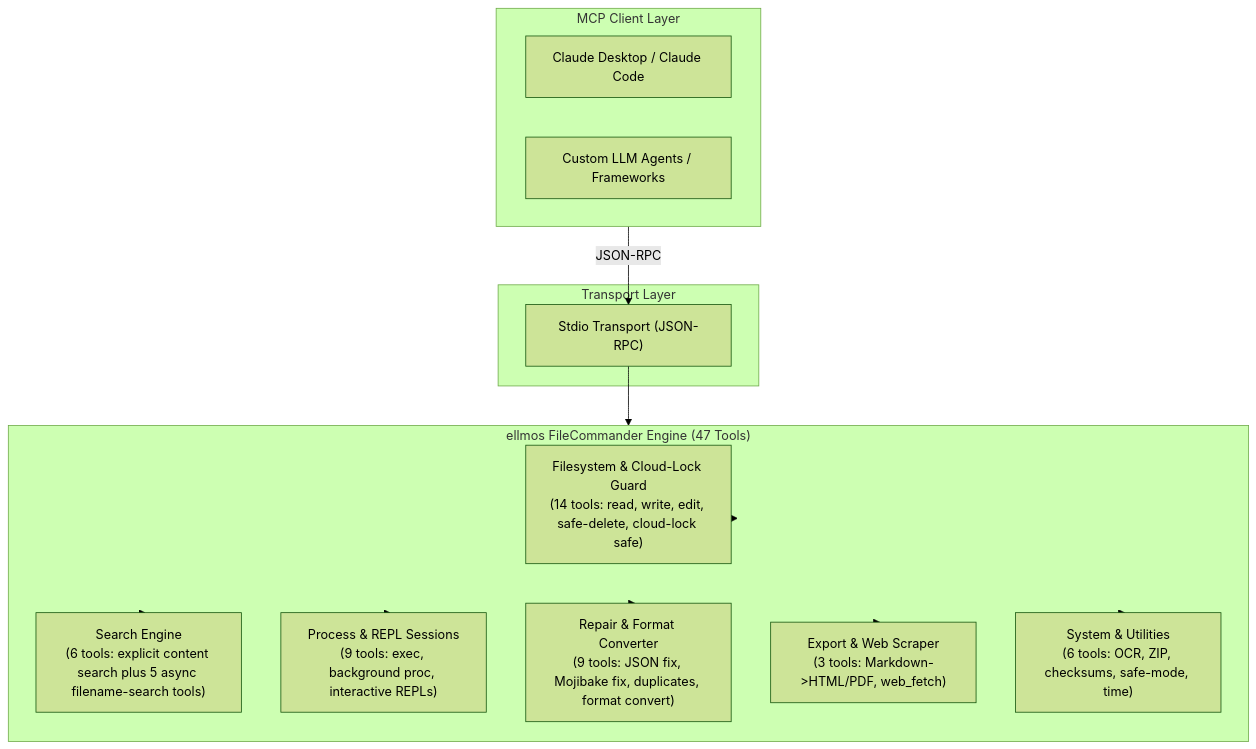
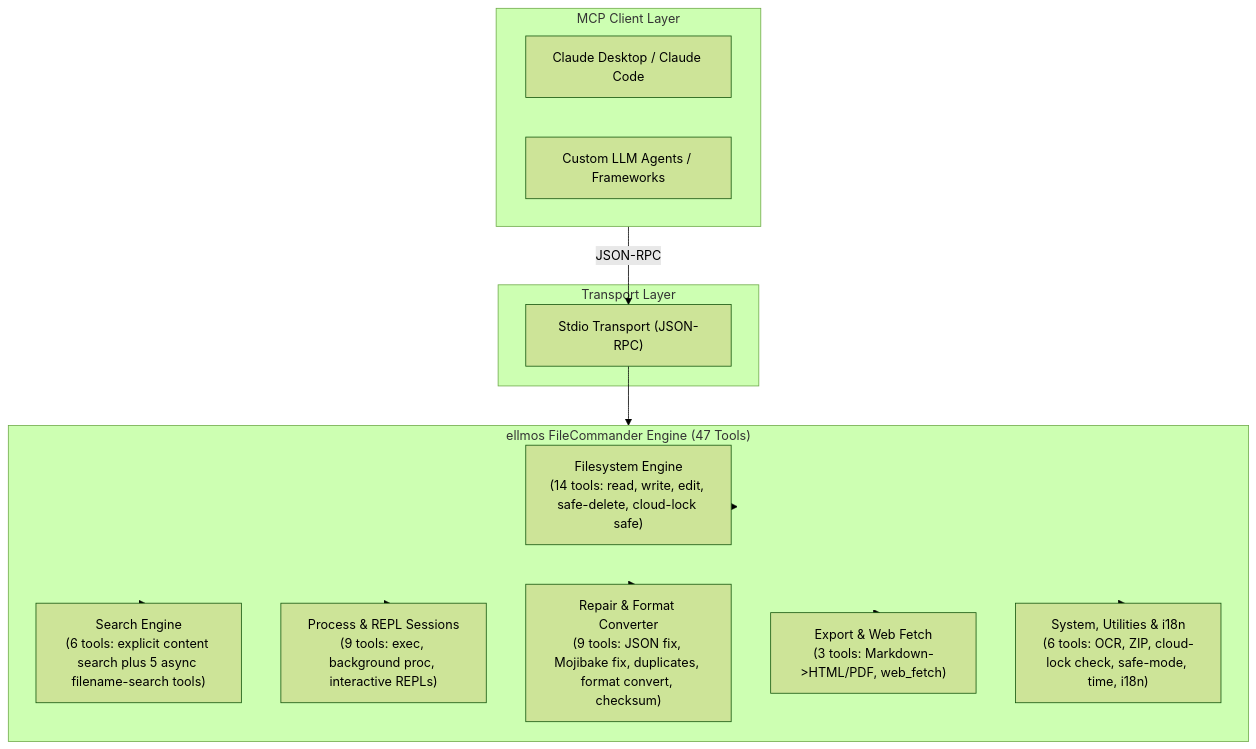
The diagram in README.md (ellmos-ai/ellmos-filecommander-mcp), drawn with Mermaid (forest theme) before and after one commit. The commit also changed other lines of this file and 3 other files, not shown here.

Commit message:
docs(marketing): add MCP tools & test badges, complete 47-tool System table with fc_set_language, synchronize Mermaid architecture and update llms.txt [G 2026-08-14]

````diff
--- a/README.md
+++ b/README.md
@@ -55,29 +57,29 @@
 ```mermaid
 flowchart TD
     subgraph Client["MCP Client Layer"]
         Claude["Claude Desktop / Claude Code"]
         Custom["Custom LLM Agents / Frameworks"]
     end
 
     subgraph Transport["Transport Layer"]
         Stdio["Stdio Transport (JSON-RPC)"]
     end
 
     subgraph Core["ellmos FileCommander Engine (47 Tools)"]
-        FS["Filesystem & Cloud-Lock Guard\n(14 tools: read, write, edit, safe-delete, cloud-lock safe)"]
+        FS["Filesystem Engine\n(14 tools: read, write, edit, safe-delete, cloud-lock safe)"]
         Search["Search Engine\n(6 tools: explicit content search plus 5 async filename-search tools)"]
         Proc["Process & REPL Sessions\n(9 tools: exec, background proc, interactive REPLs)"]
-        Repair["Repair & Format Converter\n(9 tools: JSON fix, Mojibake fix, duplicates, format convert)"]
-        Export["Export & Web Scraper\n(3 tools: Markdown->HTML/PDF, web_fetch)"]
-        Sys["System & Utilities\n(6 tools: OCR, ZIP, checksums, safe-mode, time)"]
+        Repair["Repair & Format Converter\n(9 tools: JSON fix, Mojibake fix, duplicates, format convert, checksum)"]
+        Export["Export & Web Fetch\n(3 tools: Markdown->HTML/PDF, web_fetch)"]
+        Sys["System, Utilities & i18n\n(6 tools: OCR, ZIP, cloud-lock check, safe-mode, time, i18n)"]
     end
 
     Client -->|JSON-RPC| Stdio
     Stdio --> Core
     Core --> FS
     Core --> Search
     Core --> Proc
     Core --> Repair
     Core --> Export
     Core --> Sys
 ```
````
